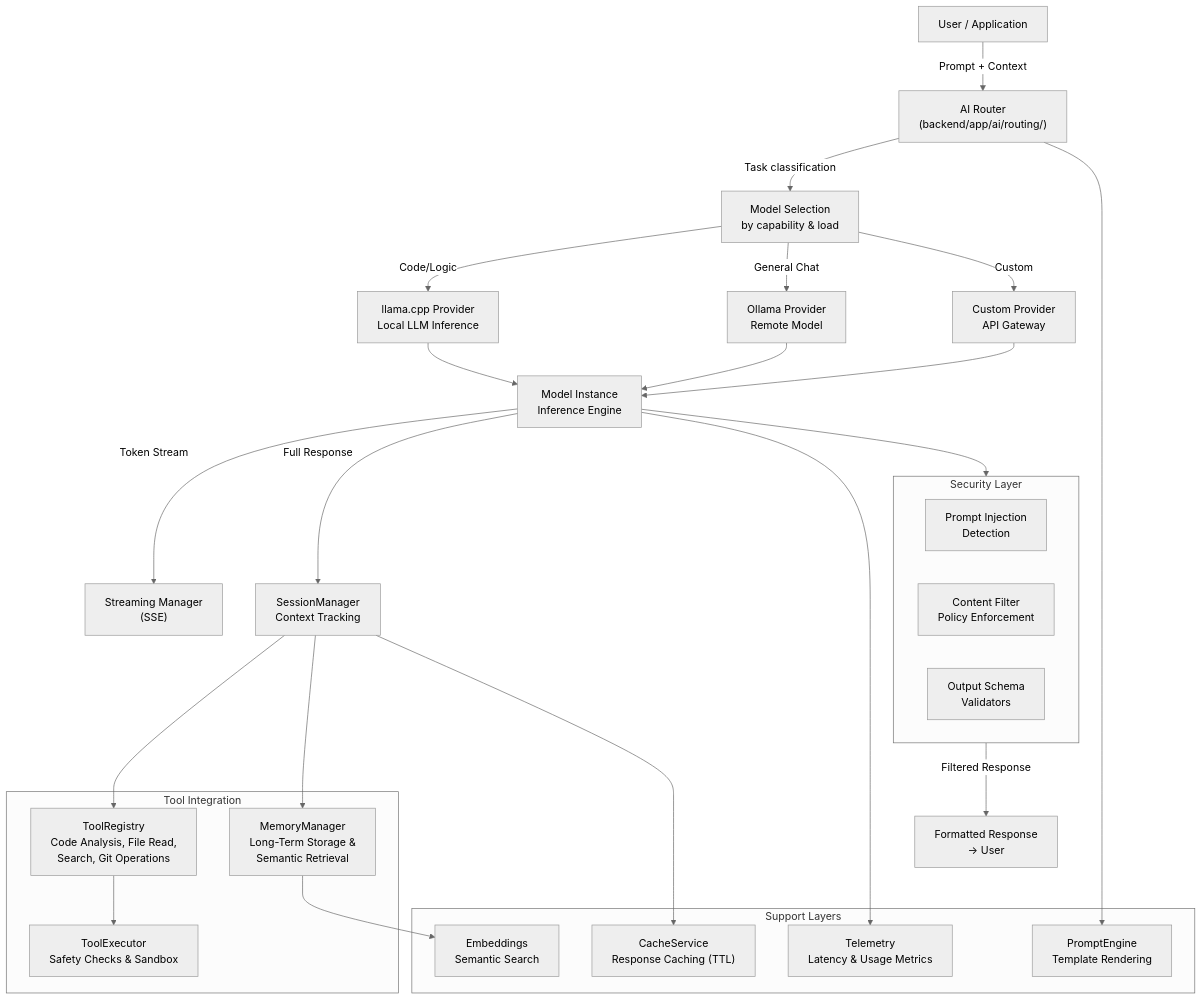
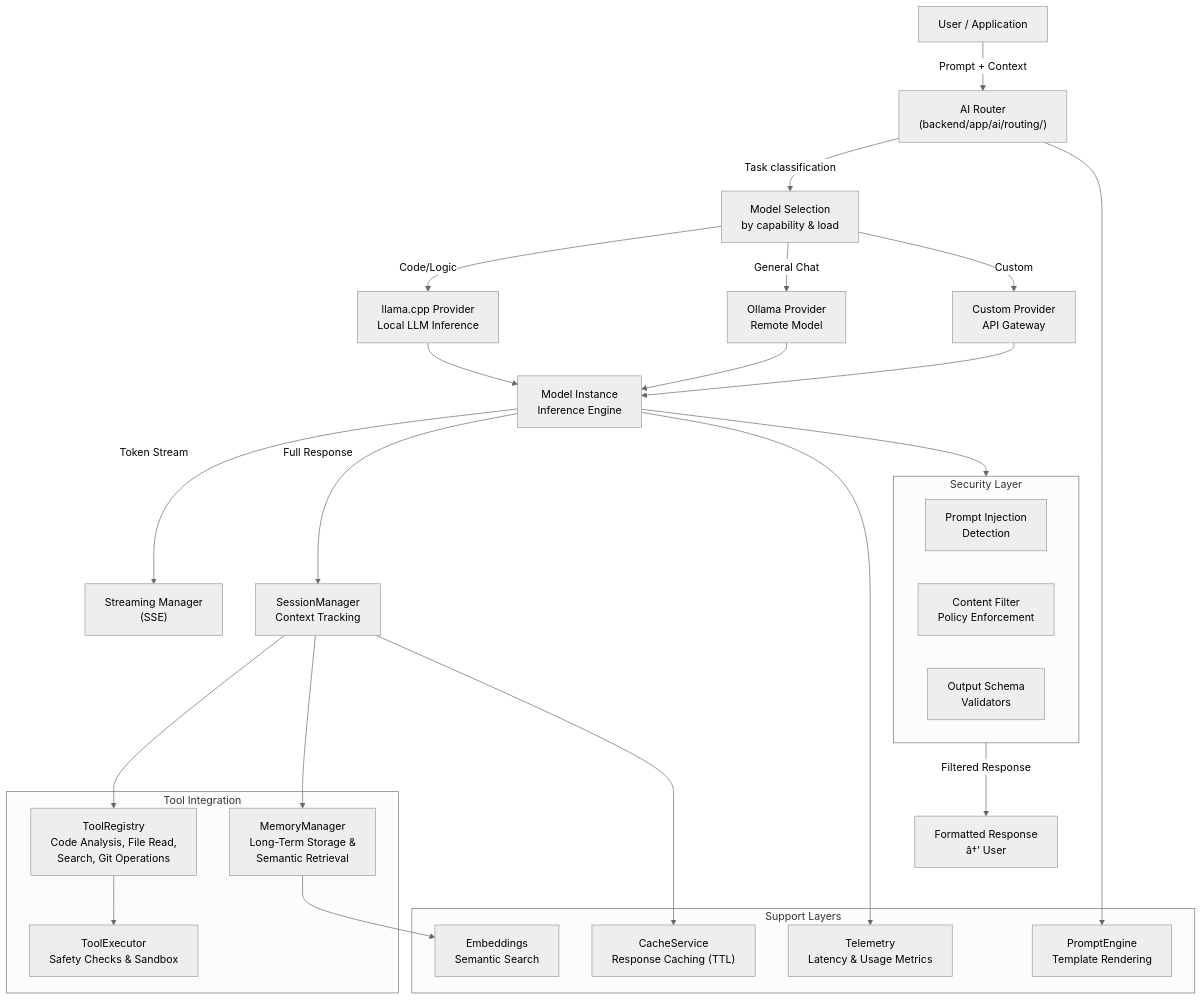
One commit to manojkumar12-maker/AICluster-Studio changed the seventh of 12 diagrams in docs/Architecture/MERMAID_DIAGRAMS.md. Above: the diagram before and after it, drawn with Mermaid (neutral theme). The commit also changed other lines of this file and 133 other files, not shown here.

````diff
--- a/docs/Architecture/MERMAID_DIAGRAMS.md
+++ b/docs/Architecture/MERMAID_DIAGRAMS.md
@@ -298,48 +298,48 @@
 ```mermaid
 flowchart TD
     USER["User / Application"] -->|"Prompt + Context"| ROUTER["AI Router\n(backend/app/ai/routing/)"]
 
     ROUTER -->|"Task classification"| MODEL_SEL["Model Selection\nby capability & load"]
 
     MODEL_SEL -->|"Code/Logic"| PROV_LLAMA["llama.cpp Provider\nLocal LLM Inference"]
     MODEL_SEL -->|"General Chat"| PROV_OLLAMA["Ollama Provider\nRemote Model"]
     MODEL_SEL -->|"Custom"| PROV_CUSTOM["Custom Provider\nAPI Gateway"]
 
     PROV_LLAMA --> MODEL["Model Instance\nInference Engine"]
     PROV_OLLAMA --> MODEL
     PROV_CUSTOM --> MODEL
 
     MODEL -->|"Token Stream"| STREAM["Streaming Manager\n(SSE)"]
     MODEL -->|"Full Response"| SESS_MGR["SessionManager\nContext Tracking"]
 
     subgraph ToolsAndMemory["Tool Integration"]
         TOOL_REG["ToolRegistry\nCode Analysis, File Read,\nSearch, Git Operations"]
         TOOL_EXEC["ToolExecutor\nSafety Checks & Sandbox"]
         MEM_MGR["MemoryManager\nLong-Term Storage &\nSemantic Retrieval"]
     end
 
     SESS_MGR --> TOOL_REG
     TOOL_REG --> TOOL_EXEC
     SESS_MGR --> MEM_MGR
 
     subgraph Security["Security Layer"]
         INJECT_DET["Prompt Injection\nDetection"]
         CONTENT_FILTER["Content Filter\nPolicy Enforcement"]
         VALIDATORS["Output Schema\nValidators"]
     end
 
     MODEL --> Security
-    Security -->|"Filtered Response"| OUTPUT["Formatted Response\n→ User"]
+    Security -->|"Filtered Response"| OUTPUT["Formatted Response\nâ†’ User"]
 
     subgraph Support["Support Layers"]
         PROMPT_ENG["PromptEngine\nTemplate Rendering"]
         CACHE_AI["CacheService\nResponse Caching (TTL)"]
         EMBED["Embeddings\nSemantic Search"]
         TELE["Telemetry\nLatency & Usage Metrics"]
     end
 
     ROUTER --> PROMPT_ENG
     SESS_MGR --> CACHE_AI
     MEM_MGR --> EMBED
     MODEL --> TELE
 ```
````
